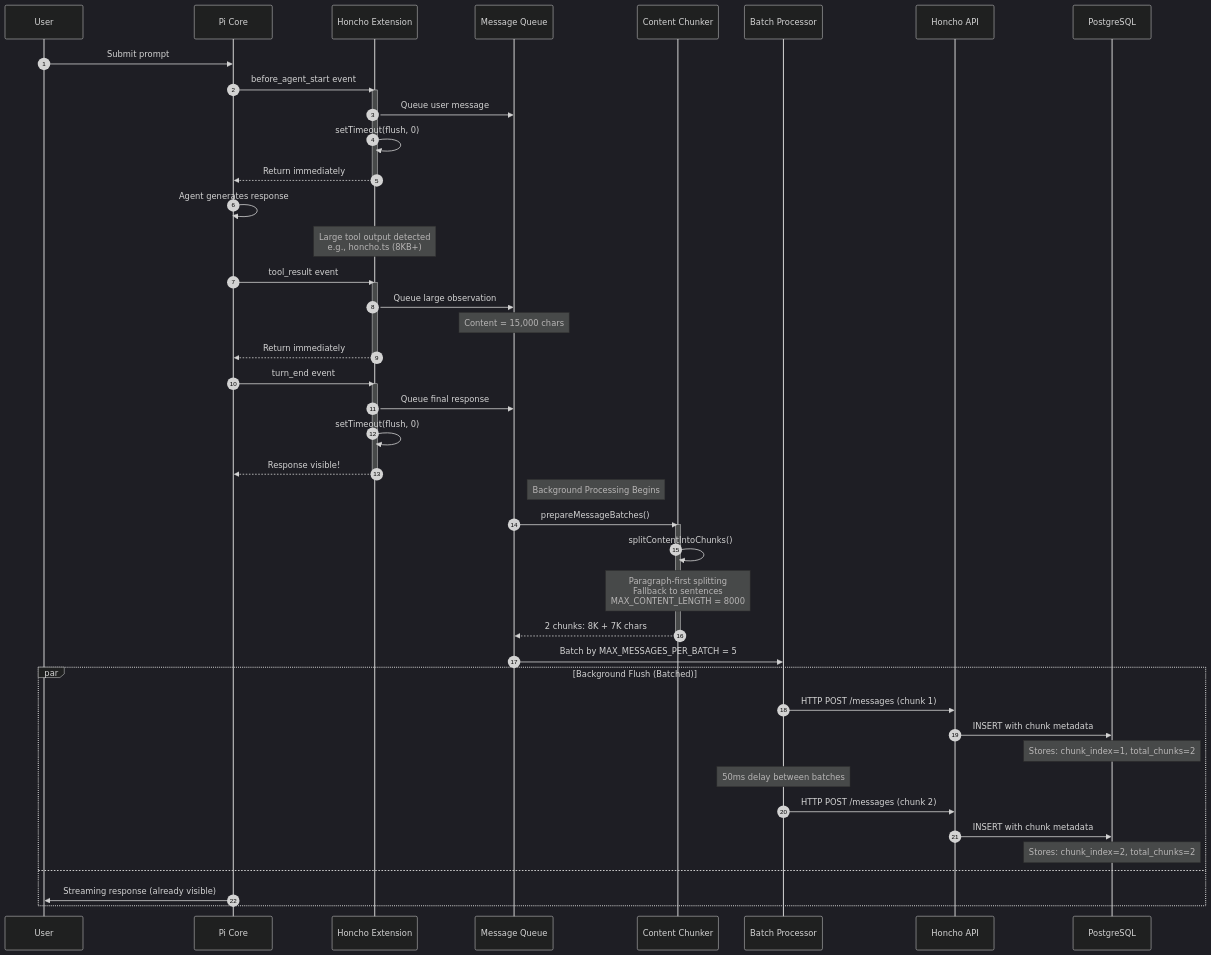
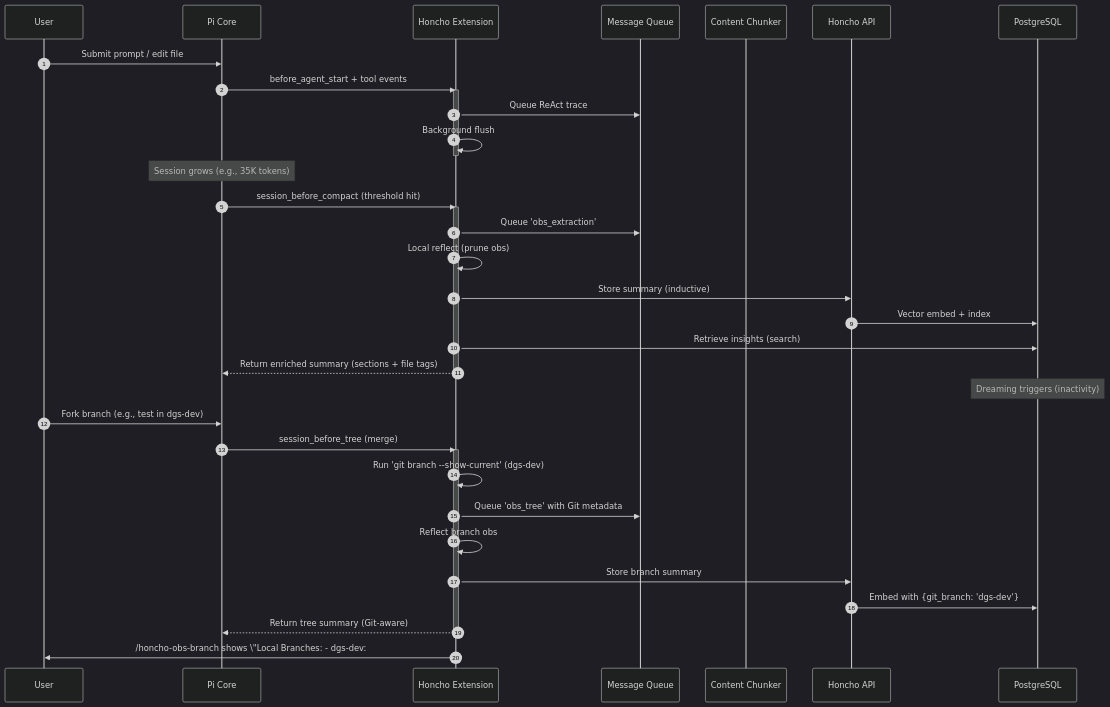
The second of 3 diagrams in docs/v3/guides/community/dgs-integrations/pi-mono/agents/extensions/README-honcho.md (dsidlo/local-honcho), drawn with Mermaid (dark theme) before and after one commit. The commit also changed other lines of this file and 3 other files, not shown here.

````diff
--- a/docs/v3/guides/community/dgs-integrations/pi-mono/agents/extensions/README-honcho.md
+++ b/docs/v3/guides/community/dgs-integrations/pi-mono/agents/extensions/README-honcho.md
@@ -63,63 +72,45 @@
 ```mermaid
 sequenceDiagram
     autonumber
     participant User
     participant Pi as Pi Core
     participant Ext as Honcho Extension
     participant Queue as Message Queue
     participant Chunker as Content Chunker
-    participant BATCH as Batch Processor
     participant API as Honcho API
     participant DB as PostgreSQL
 
-    User->>Pi: Submit prompt
-    Pi->>Ext: before_agent_start event
+    User->>Pi: Submit prompt / edit file
+    Pi->>Ext: before_agent_start + tool events
     activate Ext
-    Ext->>Queue: Queue user message
-    Ext->>Ext: setTimeout(flush, 0)
-    Ext-->>Pi: Return immediately
+    Ext->>Queue: Queue ReAct trace
+    Ext->>Ext: Background flush
     deactivate Ext
     
-    Pi->>Pi: Agent generates response
+    Note over Pi: Session grows (e.g., 35K tokens)
     
-    Note over Ext: Large tool output detected<br/>e.g., honcho.ts (8KB+)
-    
-    Pi->>Ext: tool_result event  
+    Pi->>Ext: session_before_compact (threshold hit)
     activate Ext
-    Ext->>Queue: Queue large observation
-    Note over Queue: Content = 15,000 chars
-    Ext-->>Pi: Return immediately
+    Ext->>Queue: Queue 'obs_extraction'
+    Ext->>Ext: Local reflect (prune obs)
+    Ext->>API: Store summary (inductive)
+    API->>DB: Vector embed + index
+    Ext->>DB: Retrieve insights (search)
+    Ext-->>Pi: Return enriched summary (sections + file tags)
     deactivate Ext
     
-    Pi->>Ext: turn_end event
+    Note over DB: Dreaming triggers (inactivity)
+    
+    User->>Pi: Fork branch (e.g., test in dgs-dev)
+    Pi->>Ext: session_before_tree (merge)
     activate Ext
-    Ext->>Queue: Queue final response
-    Ext->>Ext: setTimeout(flush, 0)
-    Ext-->>Pi: Response visible!
+    Ext->>Ext: Run 'git branch --show-current' (dgs-dev)
+    Ext->>Queue: Queue 'obs_tree' with Git metadata
+    Ext->>Ext: Reflect branch obs
+    Ext->>API: Store branch summary
+    API->>DB: Embed with {git_branch: 'dgs-dev'}
+    Ext-->>Pi: Return tree summary (Git-aware)
     deactivate Ext
     
-    Note right of Queue: Background Processing Begins
-    
-    Queue->>Chunker: prepareMessageBatches()
-    activate Chunker
-    Chunker->>Chunker: splitContentIntoChunks()
-    Note over Chunker: Paragraph-first splitting<br/>Fallback to sentences<br/>MAX_CONTENT_LENGTH = 8000
-    Chunker-->>Queue: 2 chunks: 8K + 7K chars
-    deactivate Chunker
-    
-    Queue->>BATCH: Batch by MAX_MESSAGES_PER_BATCH = 5
-    
-    par Background Flush (Batched)
-        BATCH->>API: HTTP POST /messages (chunk 1)
-        API->>DB: INSERT with chunk metadata
-        Note over DB: Stores: chunk_index=1, total_chunks=2
-        
-        Note over BATCH: 50ms delay between batches
-        
-        BATCH->>API: HTTP POST /messages (chunk 2)
-        API->>DB: INSERT with chunk metadata
-        Note over DB: Stores: chunk_index=2, total_chunks=2
-    and
-        Pi->>User: Streaming response (already visible)
-    end
+    Ext->>User: /honcho-obs-branch shows \"Local Branches: - dgs-dev: ## Obs...\"
 ```
````
